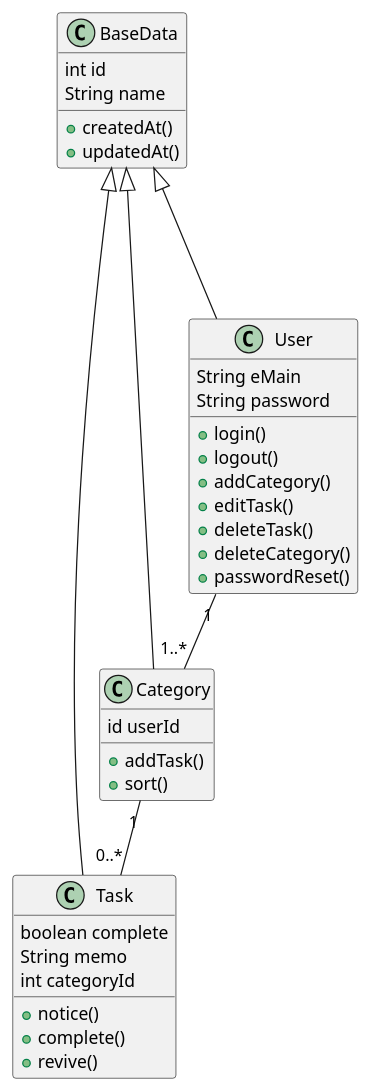
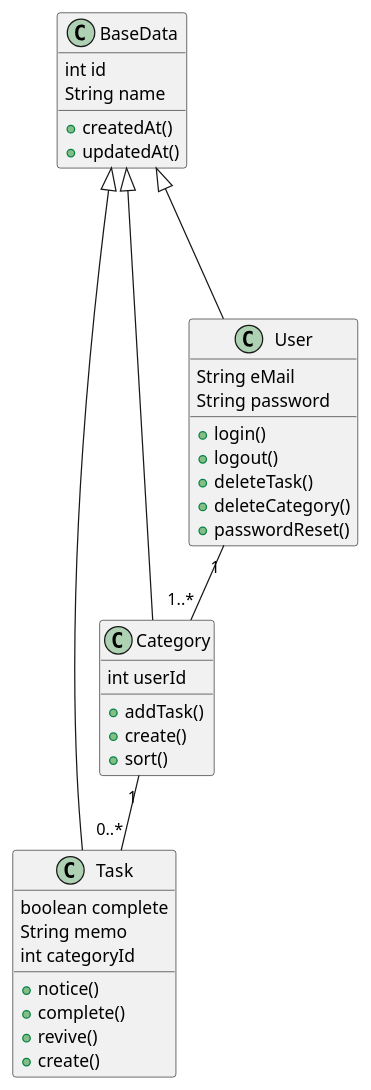
The diagram in docs/todolist.puml (e2054hottie/java_sample), drawn with PlantUML before and after one commit.

Commit message:
クラス図を修正しました。スペルミス、create

```diff
--- a/docs/todolist.puml
+++ b/docs/todolist.puml
@@ -1,49 +1,49 @@
 @startuml
 class BaseData{
     int id
     String name
 
     +createdAt()
     +updatedAt()
 }
 
 class Task{
     boolean complete
     String memo
     int categoryId
 
     +notice()
     +complete()
     +revive()
+    +create()
 }
 
 class Category {
-    id userId
+    int userId
 
     +addTask()
+    +create()
     +sort()
 }
 
 class User{
-    String eMain
+    String eMail
     String password
 
     +login()
     +logout()
-    +addCategory()
-    +editTask()
     +deleteTask()
     +deleteCategory()
     +passwordReset()
 }
 
 
 
 BaseData<|---- Category
 BaseData<|-- User
 BaseData<|---- Task
 
 User "1" -- "1..*" Category
 Category "1" -- "0..*" Task
 
 @enduml
```
